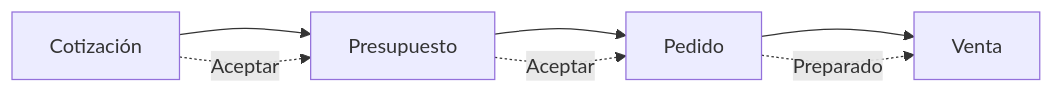
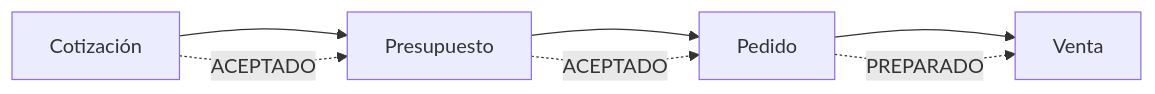
Before and after one commit to Zink-in-Tech/ZiT-ERP_DocsPublica_FE: the first of 2 diagrams in docs/ventas/flujo-ventas.md, drawn with Mermaid. The commit also changed other lines of this file and 56 other files, not shown here.

````diff
--- a/docs/ventas/flujo-ventas.md
+++ b/docs/ventas/flujo-ventas.md
@@ -31,7 +36,7 @@
 ```mermaid
 flowchart LR
   C[Cotización] --> P[Presupuesto] --> Pe[Pedido] --> V[Venta]
-  C -.->|Aceptar| P
-  P -.->|Aceptar| Pe
-  Pe -.->|Preparado| V
+  C -.->|ACEPTADO| P
+  P -.->|ACEPTADO| Pe
+  Pe -.->|PREPARADO| V
 ```
````
